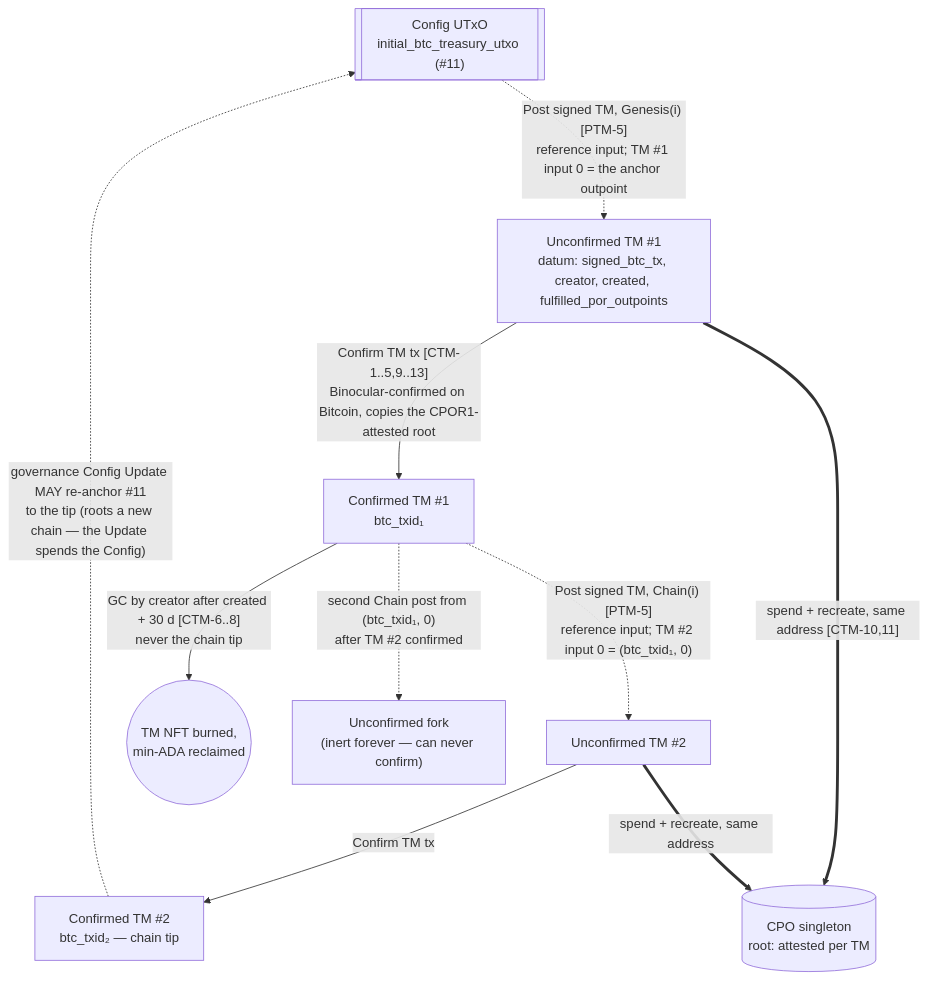
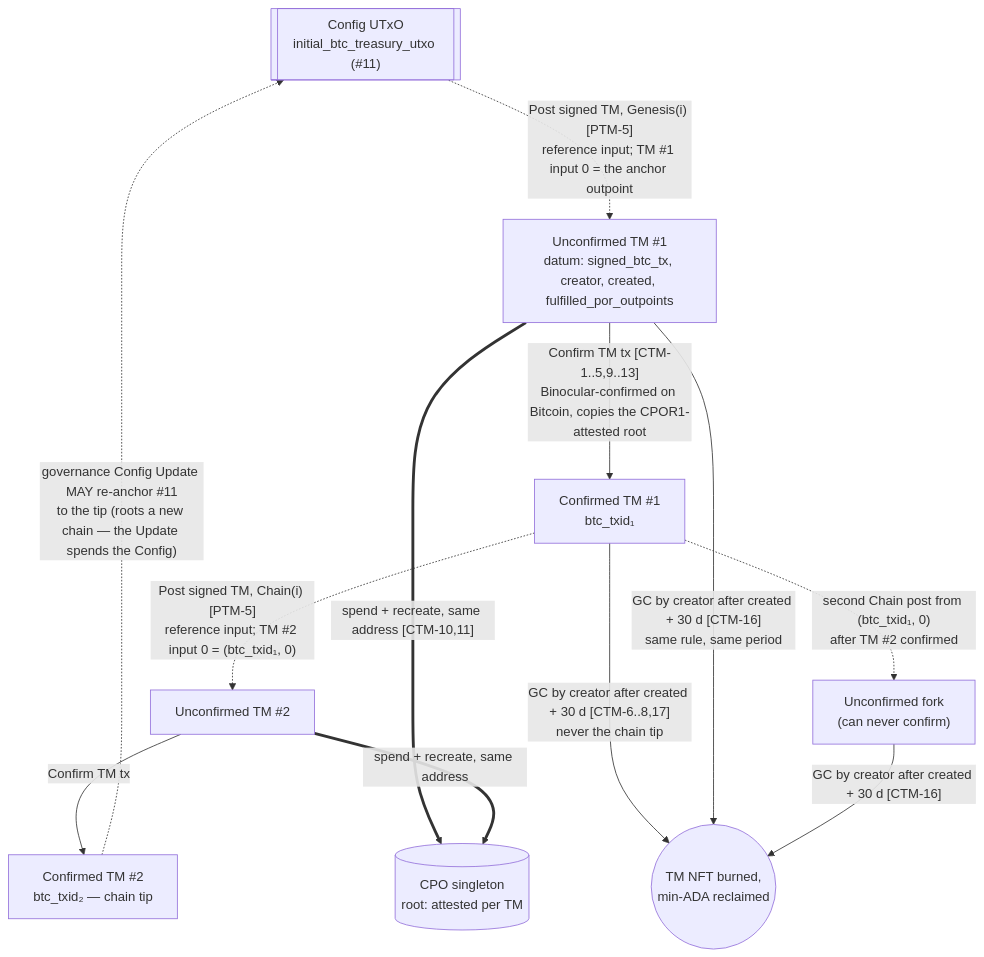
Before and after one commit to rssh/ft-bifrost-bridge: diagram 14 of 20 in documentation/technical_documentation.md, drawn with Mermaid. The commit also changed other lines of this file and 1 other file, not shown here.

First line of the commit message:
docs(spec): Unconfirmed TM GC and the unified sweeper

````diff
--- a/documentation/technical_documentation.md
+++ b/documentation/technical_documentation.md
@@ -1989,21 +1993,23 @@
 ```mermaid
 flowchart TD
   cfg[["Config UTxO<br/>initial_btc_treasury_utxo (#11)"]]
   u1["Unconfirmed TM #1<br/>datum: signed_btc_tx, creator, created, fulfilled_por_outpoints"]
   c1["Confirmed TM #1<br/>btc_txid₁"]
   u2["Unconfirmed TM #2"]
   c2["Confirmed TM #2<br/>btc_txid₂ — chain tip"]
   gc(("TM NFT burned,<br/>min-ADA reclaimed"))
-  stale["Unconfirmed fork<br/>(inert forever — can never confirm)"]
+  stale["Unconfirmed fork<br/>(can never confirm)"]
   cpo[("CPO singleton<br/>root: attested per TM")]
 
   cfg -. "Post signed TM, Genesis(i) [PTM-5]<br/>reference input; TM #1 input 0 = the anchor outpoint" .-> u1
   u1 -- "Confirm TM tx [CTM-1..5,9..13]<br/>Binocular-confirmed on Bitcoin, copies the CPOR1-attested root" --> c1
   c1 -. "Post signed TM, Chain(i) [PTM-5]<br/>reference input; TM #2 input 0 = (btc_txid₁, 0)" .-> u2
   u2 -- "Confirm TM tx" --> c2
-  c1 -- "GC by creator after created + 30 d [CTM-6..8]<br/>never the chain tip" --> gc
+  c1 -- "GC by creator after created + 30 d [CTM-6..8,17]<br/>never the chain tip" --> gc
+  u1 -- "GC by creator after created + 30 d [CTM-16]<br/>same rule, same period" --> gc
+  stale -- "GC by creator after created + 30 d [CTM-16]" --> gc
   c1 -. "second Chain post from (btc_txid₁, 0)<br/>after TM #2 confirmed" .-> stale
   c2 -. "governance Config Update MAY re-anchor #11<br/>to the tip (roots a new chain — the Update spends the Config)" .-> cfg
   u1 == "spend + recreate, same address [CTM-10,11]" ==> cpo
   u2 == "spend + recreate, same address" ==> cpo
 ```
````
